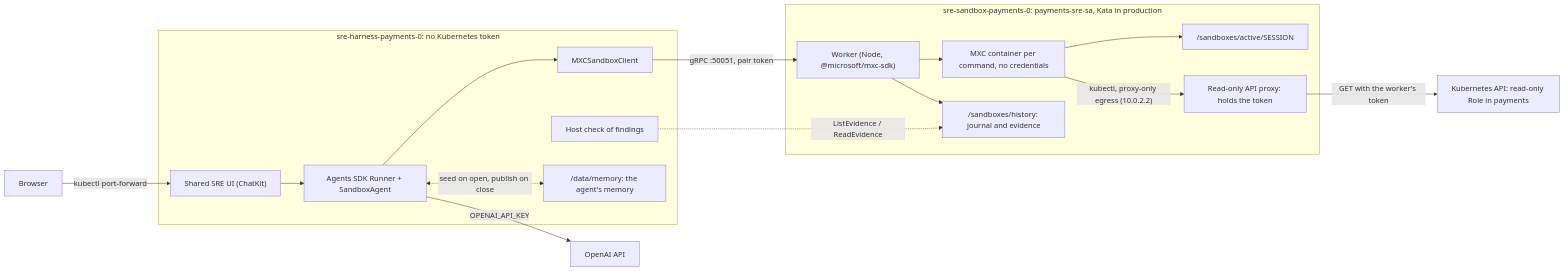
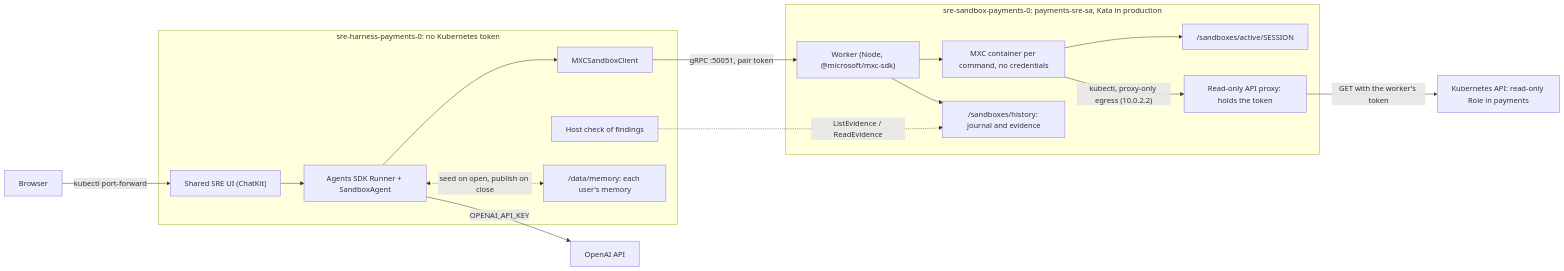
The diagram in docs/architecture.md (SatyKrish/openai-agent-microsandbox), drawn with Mermaid before and after one commit. The commit also changed other lines of this file and 19 other files, not shown here.

````diff
--- a/docs/architecture.md
+++ b/docs/architecture.md
@@ -11,22 +11,22 @@
 ```mermaid
 flowchart LR
     Browser -->|kubectl port-forward| UI
     subgraph Harness["sre-harness-payments-0: no Kubernetes token"]
         UI["Shared SRE UI (ChatKit)"] --> Loop["Agents SDK Runner + SandboxAgent"]
         Loop --> Client["MXCSandboxClient"]
         Check["Host check of findings"]
-        Memory["/data/memory: the agent's memory"]
+        Memory["/data/memory: each user's memory"]
         Loop <-.->|"seed on open, publish on close"| Memory
     end
     Loop -->|"OPENAI_API_KEY"| API["OpenAI API"]
     Client -->|"gRPC :50051, pair token"| Worker
     subgraph Sandbox["sre-sandbox-payments-0: payments-sre-sa, Kata in production"]
         Worker["Worker (Node, @microsoft/mxc-sdk)"]
         Worker --> Container["MXC container per command, no credentials"]
         Worker --> Journal["/sandboxes/history: journal and evidence"]
         Container --> Workspace["/sandboxes/active/SESSION"]
         Container -->|"kubectl, proxy-only egress (10.0.2.2)"| Proxy["Read-only API proxy: holds the token"]
     end
     Proxy -->|"GET with the worker's token"| K8s["Kubernetes API: read-only Role in payments"]
     Check -.->|"ListEvidence / ReadEvidence"| Journal
 ```
````
